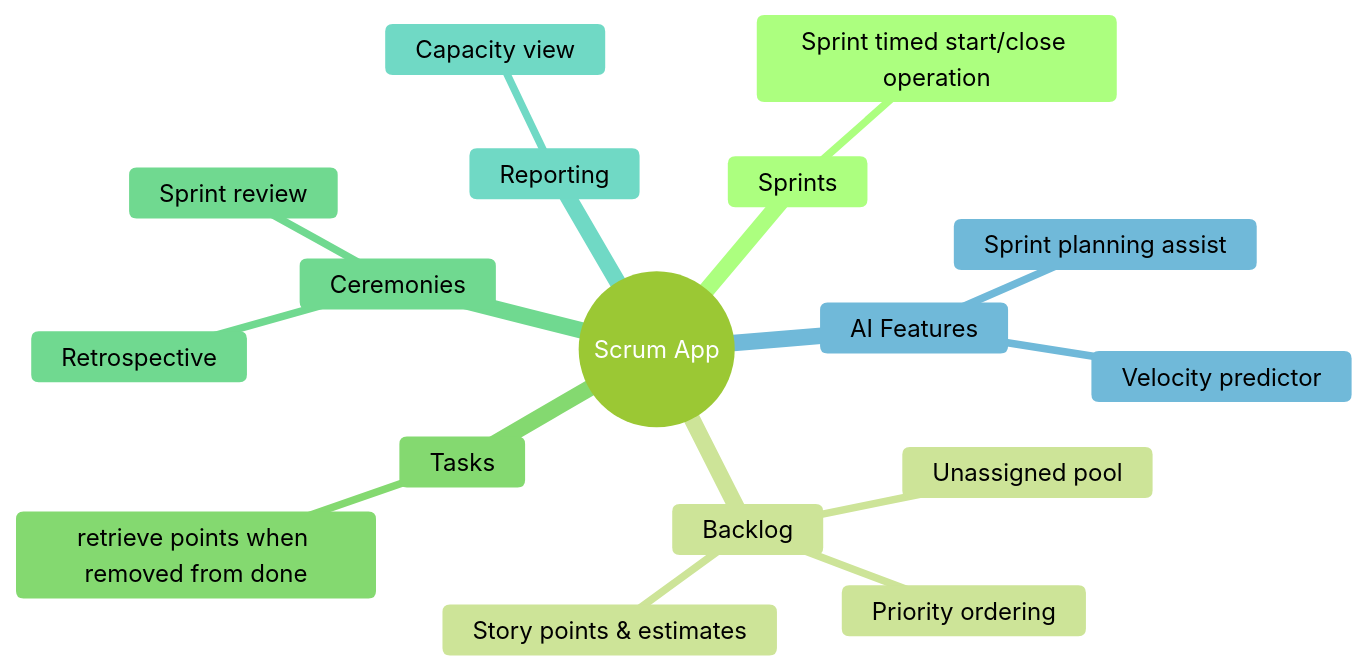
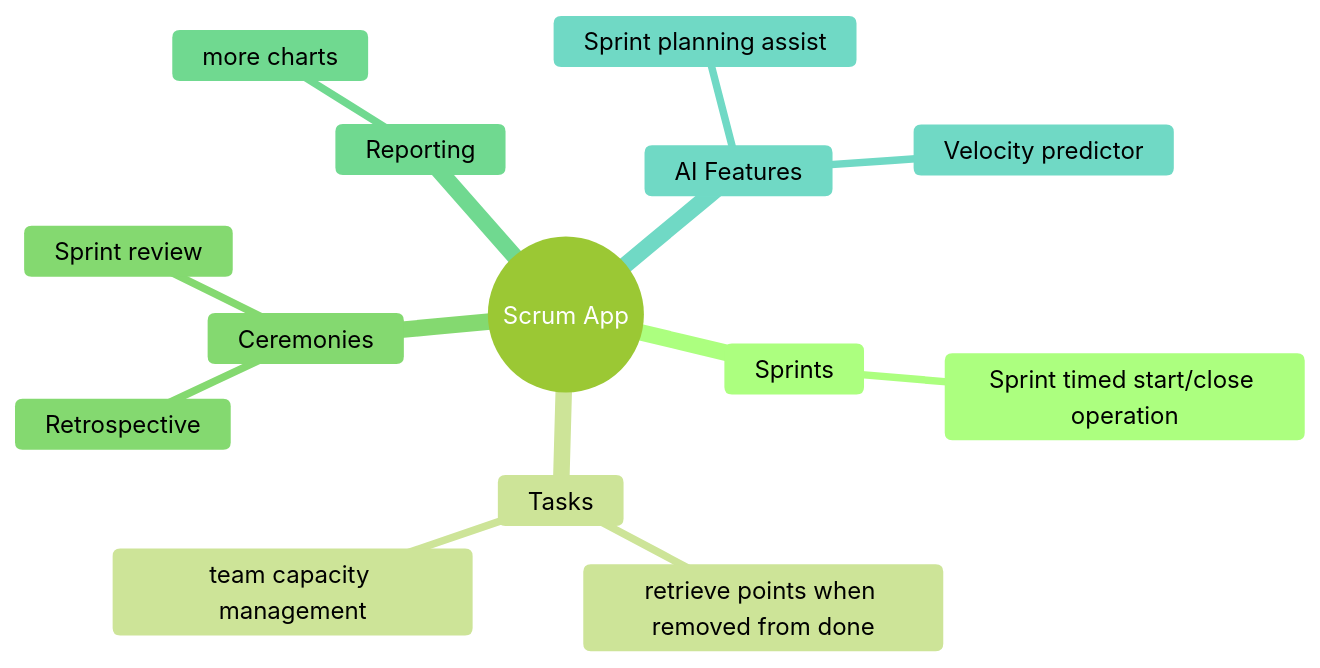
One commit to moad-cher/PFE changed the diagram in README.md. Above: the diagram before and after it, drawn with Mermaid (forest theme). The commit also changed other lines of this file and 10 other files, not shown here.

````diff
--- a/README.md
+++ b/README.md
@@ -103,39 +103,39 @@
 ```mermaid
 mindmap
   root((Scrum App))
     %% Users & Org
       %% Departments
       %% organization structure mechanics
       %% Roles & permissions
       %% HR access scope
     %% Projects
       %% scrum mode only
       %% 1 Team per project
       %% Project manager ownership transfer
     Sprints
       %% Sprint state machine
       %% Incomplete stories
       Sprint timed start/close operation
-    Backlog
-      Story points & estimates
-      Priority ordering
-      Unassigned pool
+    %% Backlog
+      %% Story points & estimates
+      %% Priority ordering
     Tasks
       retrieve points when removed from done
+      team capacity management
       %% State machine
       %% Assignee
       %% Done definition
     Ceremonies
       %% Sprint planning
       Sprint review
       Retrospective
     Reporting
+      more charts
       %% team workload
       %% Burndown chart
       %% Velocity history
-      Capacity view
     AI Features
       Sprint planning assist
       Velocity predictor
       %% Assignee suggester
 ```
````
